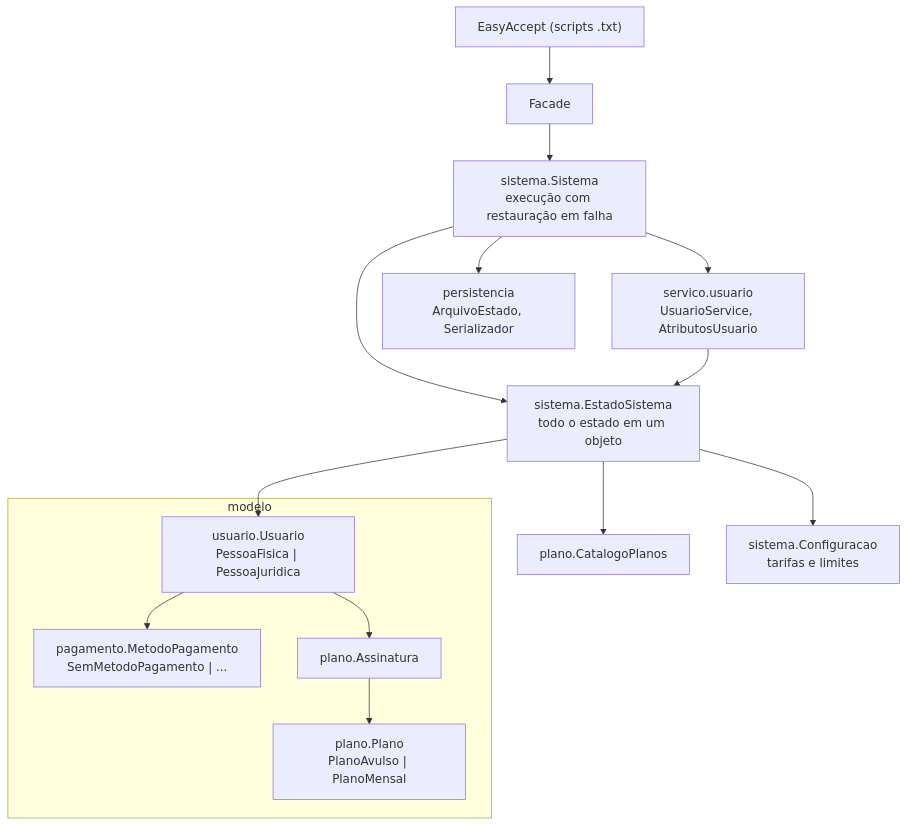
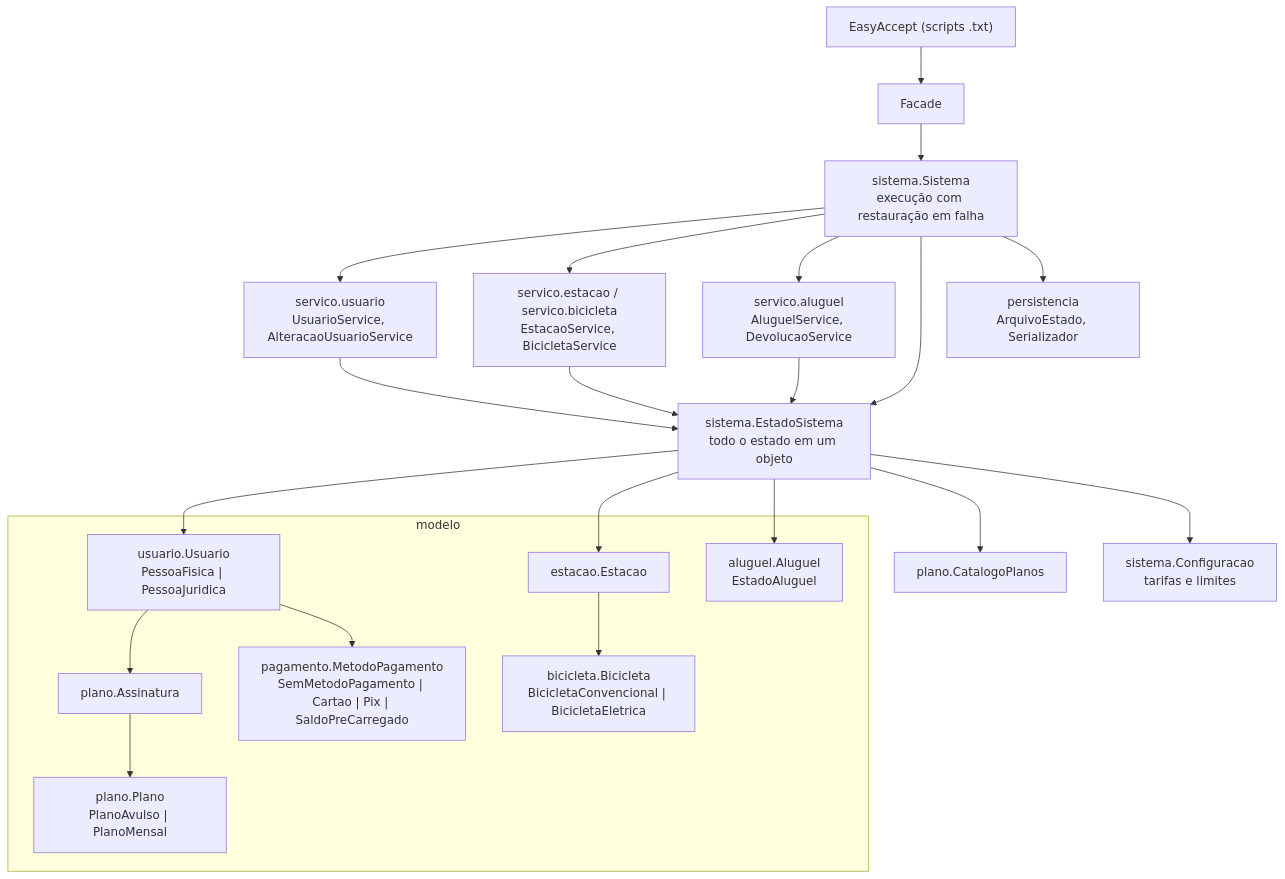
The diagram in README.md (nanameetscode/bikeshare-p2), drawn with Mermaid before and after one commit. The commit also changed other lines of this file, not shown here.

````diff
--- a/README.md
+++ b/README.md
@@ -41,22 +41,32 @@
 ```mermaid
 flowchart TD
     EA["EasyAccept (scripts .txt)"] --> F["Facade"]
     F --> Sis["sistema.Sistema<br/>execução com restauração em falha"]
-    Sis --> Usu["servico.usuario<br/>UsuarioService, AtributosUsuario"]
+    Sis --> Usu["servico.usuario<br/>UsuarioService, AlteracaoUsuarioService"]
+    Sis --> EB["servico.estacao / servico.bicicleta<br/>EstacaoService, BicicletaService"]
+    Sis --> Alu["servico.aluguel<br/>AluguelService, DevolucaoService"]
     Sis --> Est["sistema.EstadoSistema<br/>todo o estado em um objeto"]
     Sis --> Arq["persistencia<br/>ArquivoEstado, Serializador"]
     Usu --> Est
+    EB --> Est
+    Alu --> Est
 
     subgraph modelo ["modelo"]
         U["usuario.Usuario<br/>PessoaFisica | PessoaJuridica"]
         P["plano.Plano<br/>PlanoAvulso | PlanoMensal"]
-        M["pagamento.MetodoPagamento<br/>SemMetodoPagamento | ..."]
+        M["pagamento.MetodoPagamento<br/>SemMetodoPagamento | Cartao | Pix | SaldoPreCarregado"]
+        E["estacao.Estacao"]
+        B["bicicleta.Bicicleta<br/>BicicletaConvencional | BicicletaEletrica"]
+        AL["aluguel.Aluguel<br/>EstadoAluguel"]
         U --> A["plano.Assinatura"]
         A --> P
         U --> M
+        E --> B
     end
 
     Est --> U
+    Est --> E
+    Est --> AL
     Est --> CP["plano.CatalogoPlanos"]
     Est --> Cfg["sistema.Configuracao<br/>tarifas e limites"]
 ```
````
